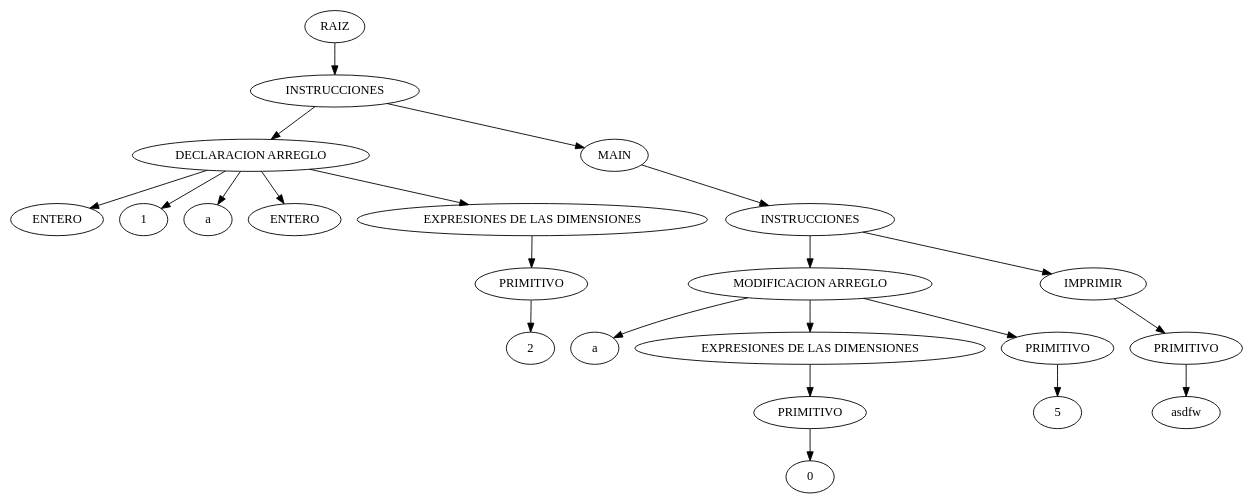
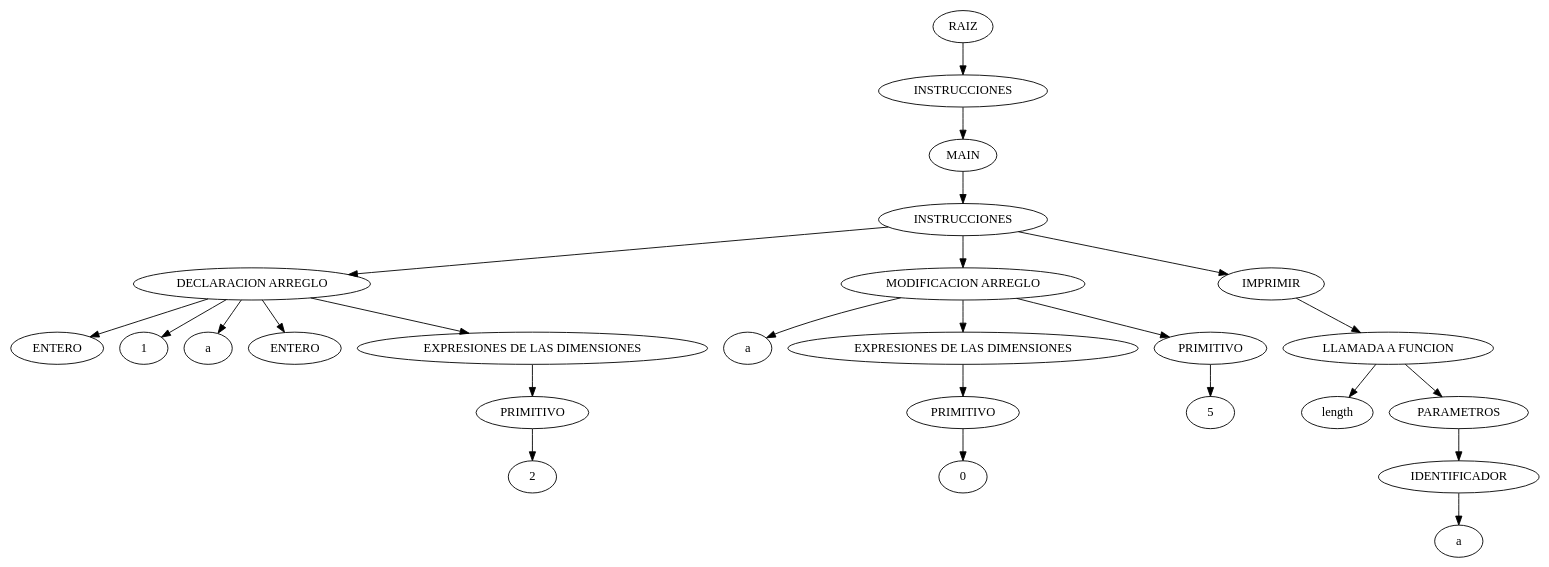
Before and after one commit to diemorales96/OLC1_Proyecto_201503958: the diagram in OLC1_201503958_Proyecto1/ast.dot, drawn with Graphviz. The commit also changed 7 other files, not shown here.

```diff
--- a/OLC1_201503958_Proyecto1/ast.dot
+++ b/OLC1_201503958_Proyecto1/ast.dot
@@ -1,45 +1,51 @@
 digraph {
 n0[label="RAIZ"];
 n1[label="INSTRUCCIONES"];
 n0->n1;
-n2[label="DECLARACION ARREGLO"];
+n2[label="MAIN"];
 n1->n2;
-n3[label="ENTERO"];
+n3[label="INSTRUCCIONES"];
 n2->n3;
-n4[label="1"];
-n2->n4;
-n5[label="a"];
-n2->n5;
-n6[label="ENTERO"];
-n2->n6;
-n7[label="EXPRESIONES DE LAS DIMENSIONES"];
-n2->n7;
-n8[label="PRIMITIVO"];
-n7->n8;
-n9[label="2"];
-n8->n9;
-n10[label="MAIN"];
-n1->n10;
-n11[label="INSTRUCCIONES"];
+n4[label="DECLARACION ARREGLO"];
+n3->n4;
+n5[label="ENTERO"];
+n4->n5;
+n6[label="1"];
+n4->n6;
+n7[label="a"];
+n4->n7;
+n8[label="ENTERO"];
+n4->n8;
+n9[label="EXPRESIONES DE LAS DIMENSIONES"];
+n4->n9;
+n10[label="PRIMITIVO"];
+n9->n10;
+n11[label="2"];
 n10->n11;
 n12[label="MODIFICACION ARREGLO"];
-n11->n12;
+n3->n12;
 n13[label="a"];
 n12->n13;
 n14[label="EXPRESIONES DE LAS DIMENSIONES"];
 n12->n14;
 n15[label="PRIMITIVO"];
 n14->n15;
 n16[label="0"];
 n15->n16;
 n17[label="PRIMITIVO"];
 n12->n17;
 n18[label="5"];
 n17->n18;
 n19[label="IMPRIMIR"];
-n11->n19;
-n20[label="PRIMITIVO"];
+n3->n19;
+n20[label="LLAMADA A FUNCION"];
 n19->n20;
-n21[label="asdfw"];
+n21[label="length"];
 n20->n21;
+n22[label="PARAMETROS"];
+n20->n22;
+n23[label="IDENTIFICADOR"];
+n22->n23;
+n24[label="a"];
+n23->n24;
 }
```
